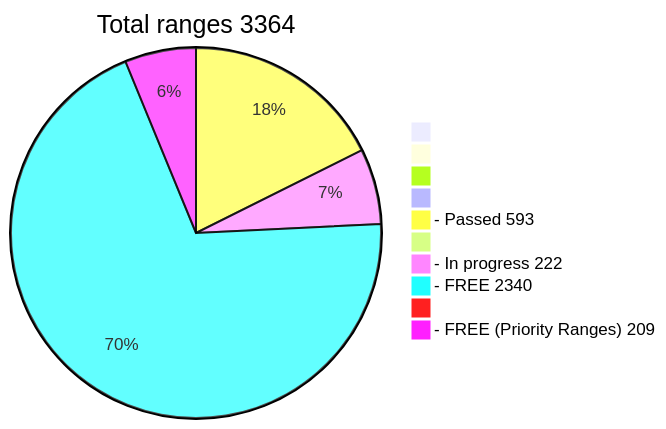
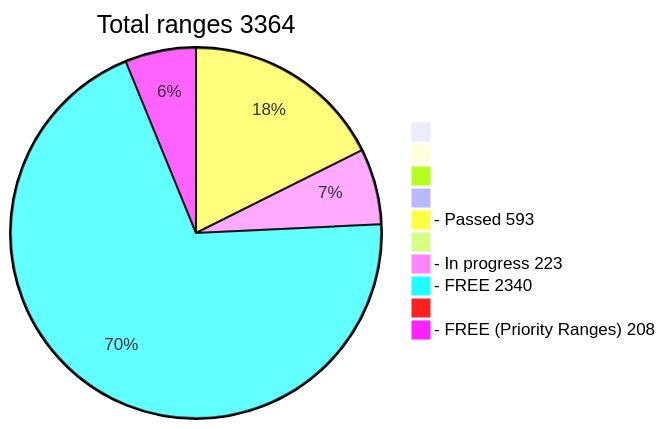
Before and after one commit to phrutis/wif500: the diagram in README.md, drawn with Mermaid.

````diff
--- a/README.md
+++ b/README.md
@@ -16,13 +16,13 @@
 ```mermaid
 pie title Total ranges 3364
              " " : 0
             "  " : 0
            "   " : 0
           "    " : 0
   "- Passed 593" : 593
          "     " : 0
-  "- In progress 222" : 222
+  "- In progress 223" : 223
    "- FREE 2340" : 2340
         "      " : 0
-  "- FREE (Priority Ranges) 209" : 209
+  "- FREE (Priority Ranges) 208" : 208
 ```
````
